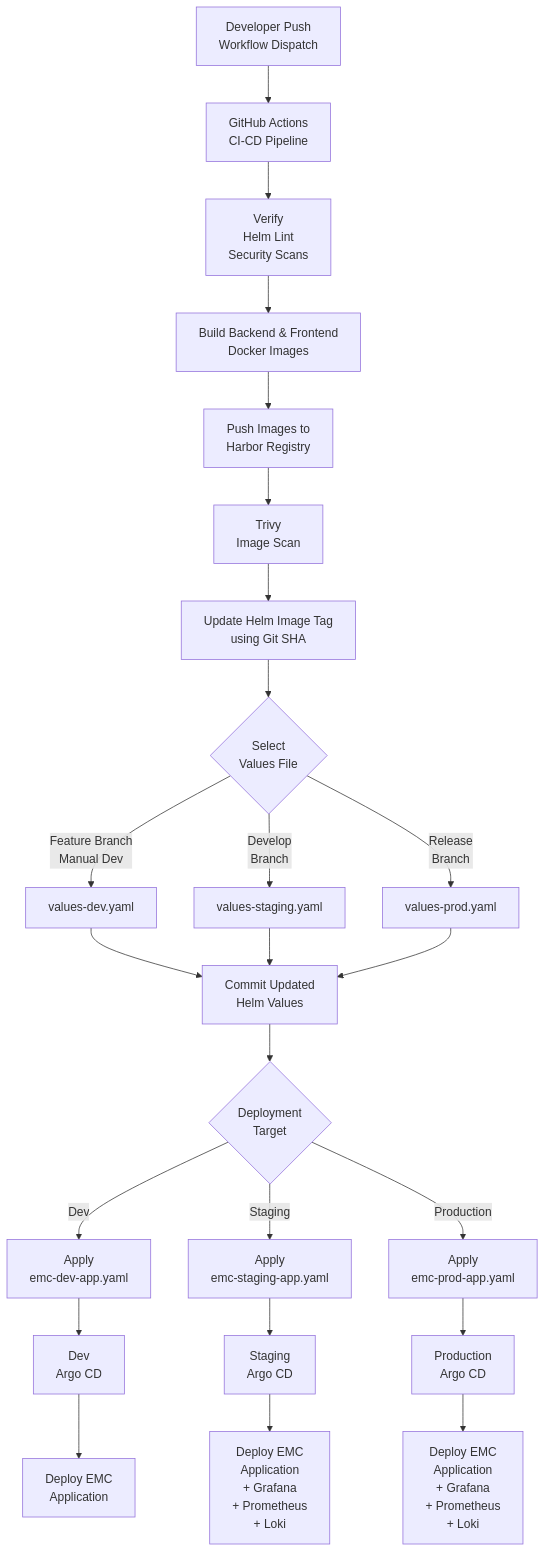
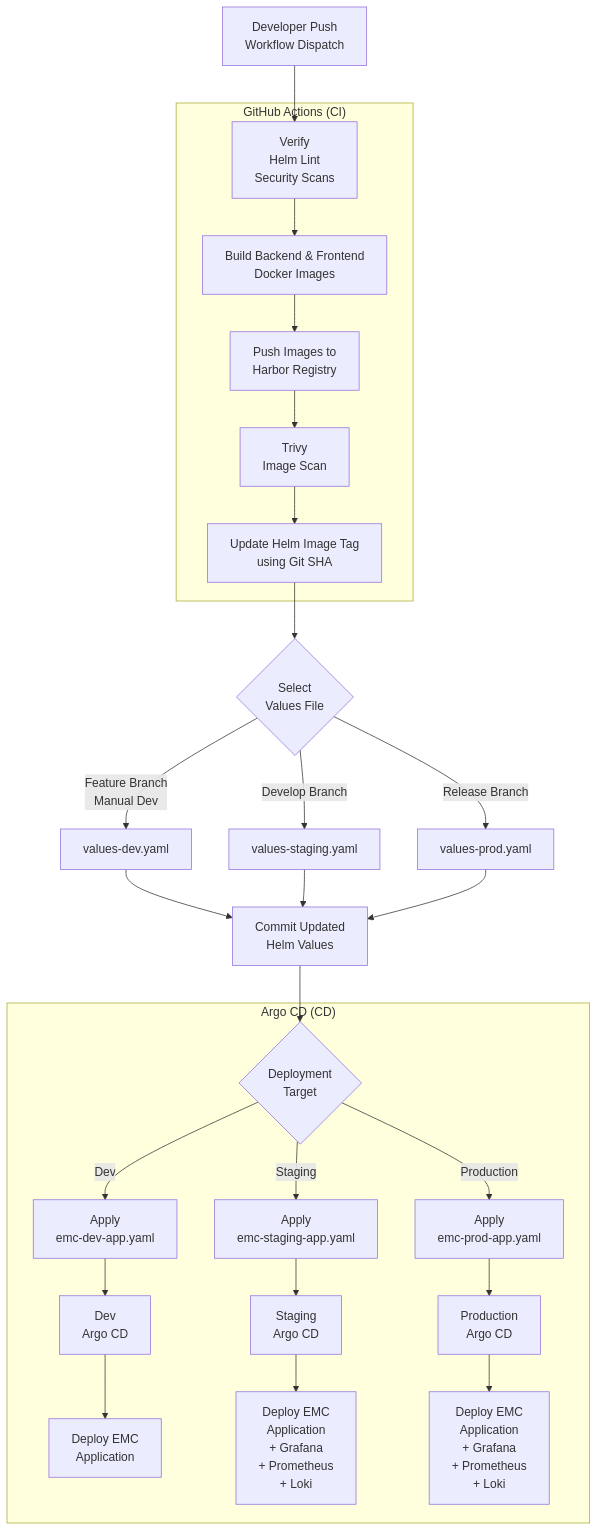
Before and after one commit to ARENA2036/edc-management-console: the diagram in docs/ci-cd-flow.md, drawn with Mermaid. The commit also changed 1 other file, not shown here.

Commit message:
docs: added document for CI/CD pipeline

````diff
--- a/docs/ci-cd-flow.md
+++ b/docs/ci-cd-flow.md
@@ -3,41 +3,50 @@
 ```mermaid
 flowchart TD
 
-    A[Developer Push<br/>Workflow Dispatch] --> B[GitHub Actions<br/>CI-CD Pipeline]
+    A[Developer Push<br/>Workflow Dispatch]
 
-    B --> C[Verify<br/>Helm Lint<br/>Security Scans]
+    subgraph CI["GitHub Actions (CI)"]
+        B[Verify<br/>Helm Lint<br/>Security Scans]
+        C[Build Backend & Frontend<br/>Docker Images]
+        D[Push Images to<br/>Harbor Registry]
+        E[Trivy<br/>Image Scan]
+        F[Update Helm Image Tag<br/>using Git SHA]
 
-    C --> D[Build Backend & Frontend<br/>Docker Images]
+        B --> C
+        C --> D
+        D --> E
+        E --> F
+    end
 
-    D --> E[Push Images to<br/>Harbor Registry]
+    A --> B
 
-    E --> F[Trivy<br/>Image Scan]
+    F --> G{Select<br/>Values File}
 
-    F --> G[Update Helm Image Tag<br/>using Git SHA]
+    G -->|Feature Branch<br/>Manual Dev| G1[values-dev.yaml]
+    G -->|Develop Branch| G2[values-staging.yaml]
+    G -->|Release Branch| G3[values-prod.yaml]
 
-    G --> H{Select<br/>Values File}
+    G1 --> H[Commit Updated<br/>Helm Values]
+    G2 --> H
+    G3 --> H
 
-    H -->|Feature Branch<br/>Manual Dev| H1[values-dev.yaml]
-    H -->|Develop<br/>Branch| H2[values-staging.yaml]
-    H -->|Release<br/>Branch| H3[values-prod.yaml]
+    H --> I
 
-    H1 --> I[Commit Updated<br/>Helm Values]
-    H2 --> I
-    H3 --> I
+    subgraph CD["Argo CD (CD)"]
+        I{Deployment<br/>Target}
 
-    I --> J{Deployment<br/>Target}
+        I -->|Dev| J[Apply<br/>emc-dev-app.yaml]
+        I -->|Staging| K[Apply<br/>emc-staging-app.yaml]
+        I -->|Production| L[Apply<br/>emc-prod-app.yaml]
 
-    J -->|Dev| K[Apply<br/>emc-dev-app.yaml]
-    J -->|Staging| L[Apply<br/>emc-staging-app.yaml]
-    J -->|Production| M[Apply<br/>emc-prod-app.yaml]
+        J --> M[Dev<br/>Argo CD]
+        K --> N[Staging<br/>Argo CD]
+        L --> O[Production<br/>Argo CD]
 
-    K --> N[Dev<br/>Argo CD]
-    L --> O[Staging<br/>Argo CD]
-    M --> P[Production<br/>Argo CD]
+        M --> P[Deploy EMC<br/>Application]
 
-    N --> Q[Deploy EMC<br/>Application]
+        N --> Q[Deploy EMC<br/>Application<br/>+ Grafana<br/>+ Prometheus<br/>+ Loki]
 
-    O --> R[Deploy EMC<br/>Application<br/>+ Grafana<br/>+ Prometheus<br/>+ Loki]
-
-    P --> S[Deploy EMC<br/>Application<br/>+ Grafana<br/>+ Prometheus<br/>+ Loki]
+        O --> R[Deploy EMC<br/>Application<br/>+ Grafana<br/>+ Prometheus<br/>+ Loki]
+    end
 ```
````
